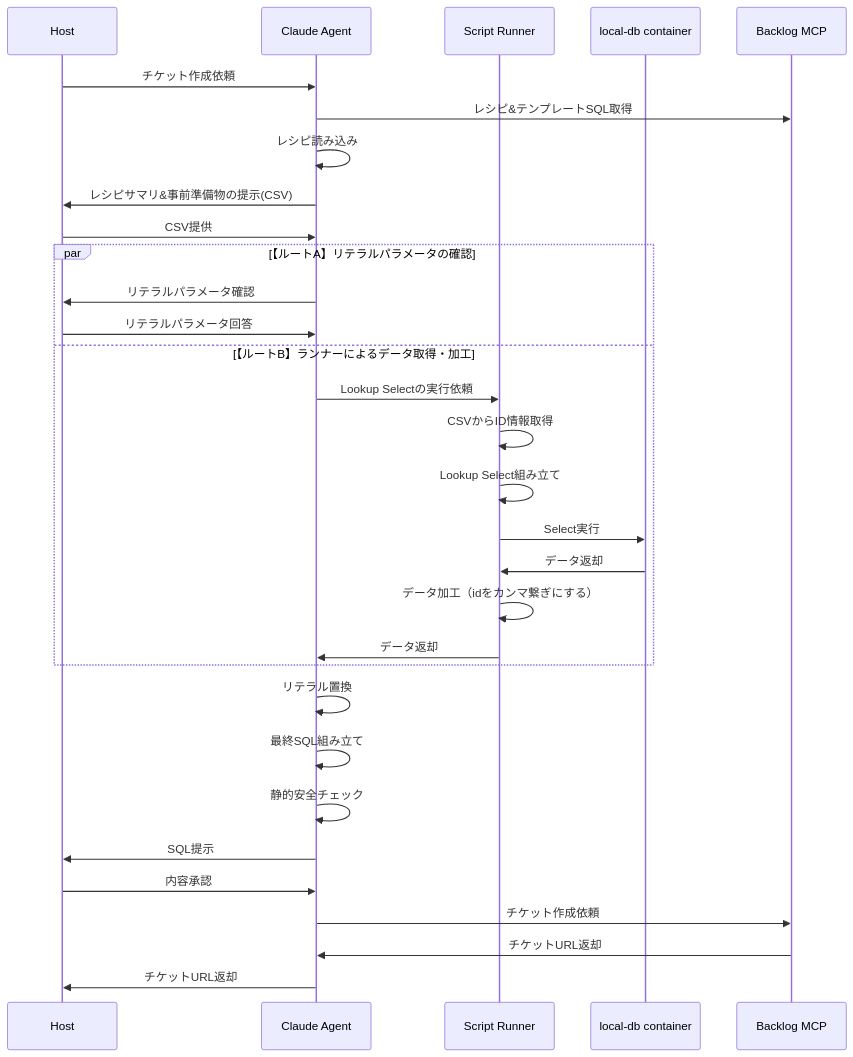
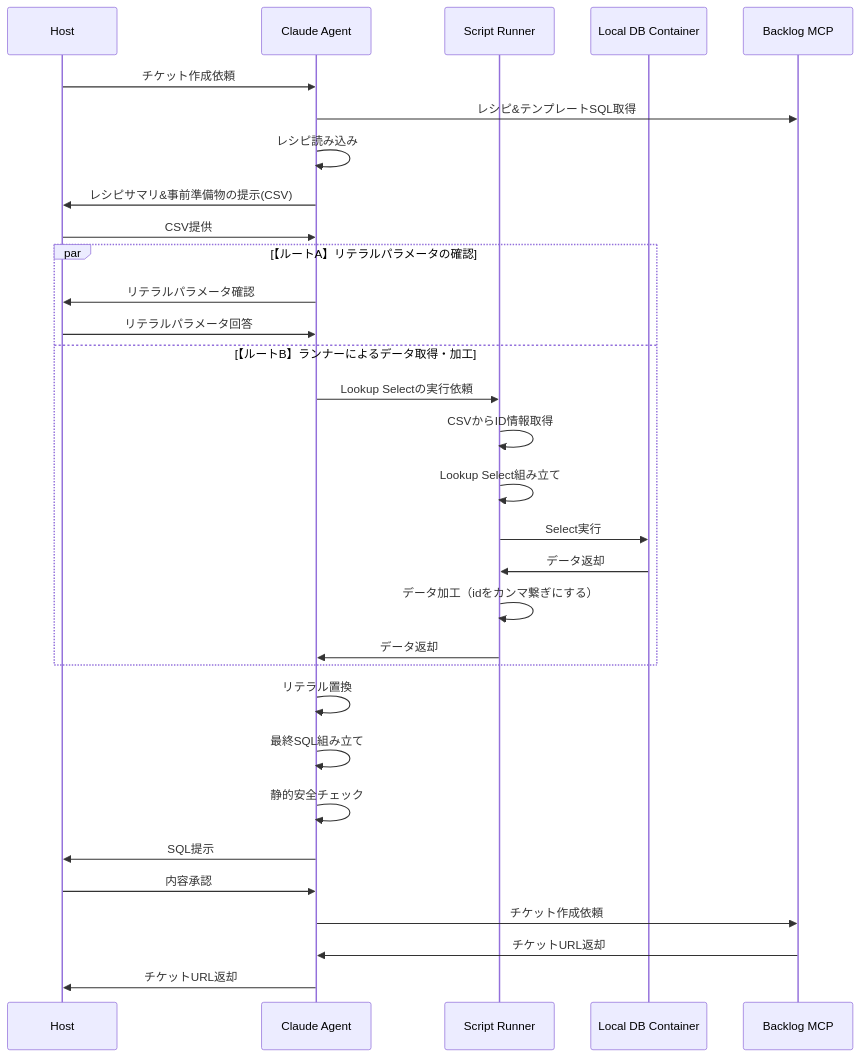
The third of 3 diagrams in doc/operation-pattern-example.md (r-miyashita/ops-recipe-runner), drawn with Mermaid before and after one commit. The commit also changed other lines of this file and 3 other files, not shown here.

````diff
--- a/doc/operation-pattern-example.md
+++ b/doc/operation-pattern-example.md
@@ -315,40 +315,40 @@
 ```mermaid
 sequenceDiagram
     participant host as Host
     participant agent as Claude Agent
     participant runner as Script Runner
-    participant mysql as local-db container
+    participant mysql as Local DB Container
     participant bMcp as Backlog MCP
 
     %% --- 事前準備（直列処理） ---
     host->>agent: チケット作成依頼
     agent->>bMcp: レシピ&テンプレートSQL取得
     agent->>agent: レシピ読み込み
     agent->>host: レシピサマリ&事前準備物の提示(CSV)
     host->>agent: CSV提供
 
     %% --- 独立した手続き（並列処理） ---
     par 【ルートA】リテラルパラメータの確認
         agent->>host: リテラルパラメータ確認
         host->>agent: リテラルパラメータ回答
     and 【ルートB】ランナーによるデータ取得・加工
         agent->>runner: Lookup Selectの実行依頼
         runner->>runner: CSVからID情報取得
         runner->>runner: Lookup Select組み立て
         runner->>mysql: Select実行
         mysql->>runner: データ返却
         runner->>runner: データ加工（idをカンマ繋ぎにする）
         runner->>agent: データ返却
     end
 
     %% --- 最終処理（直列処理に戻る） ---
     agent->>agent: リテラル置換
     agent->>agent: 最終SQL組み立て
     agent->>agent: 静的安全チェック
     agent->>host: SQL提示
     host->>agent: 内容承認
     agent->>bMcp: チケット作成依頼
     bMcp->>agent: チケットURL返却
     agent->>host: チケットURL返却
 
 ```
````
